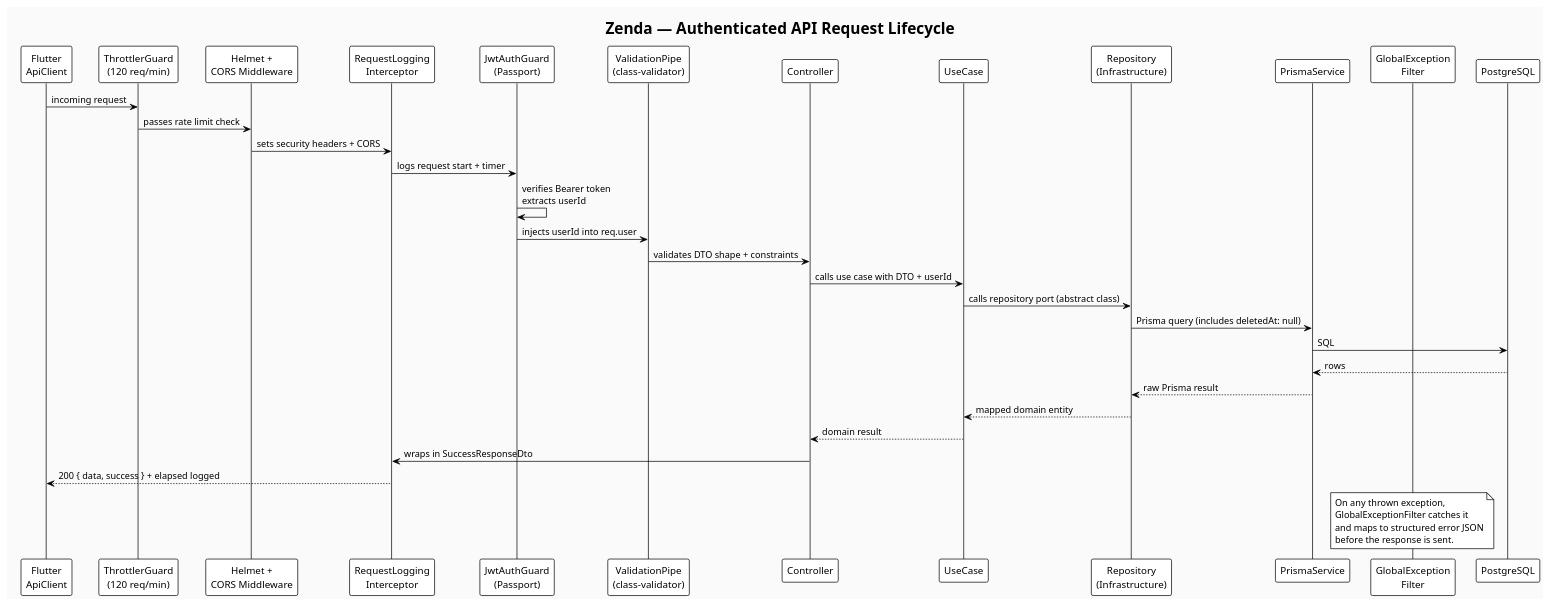
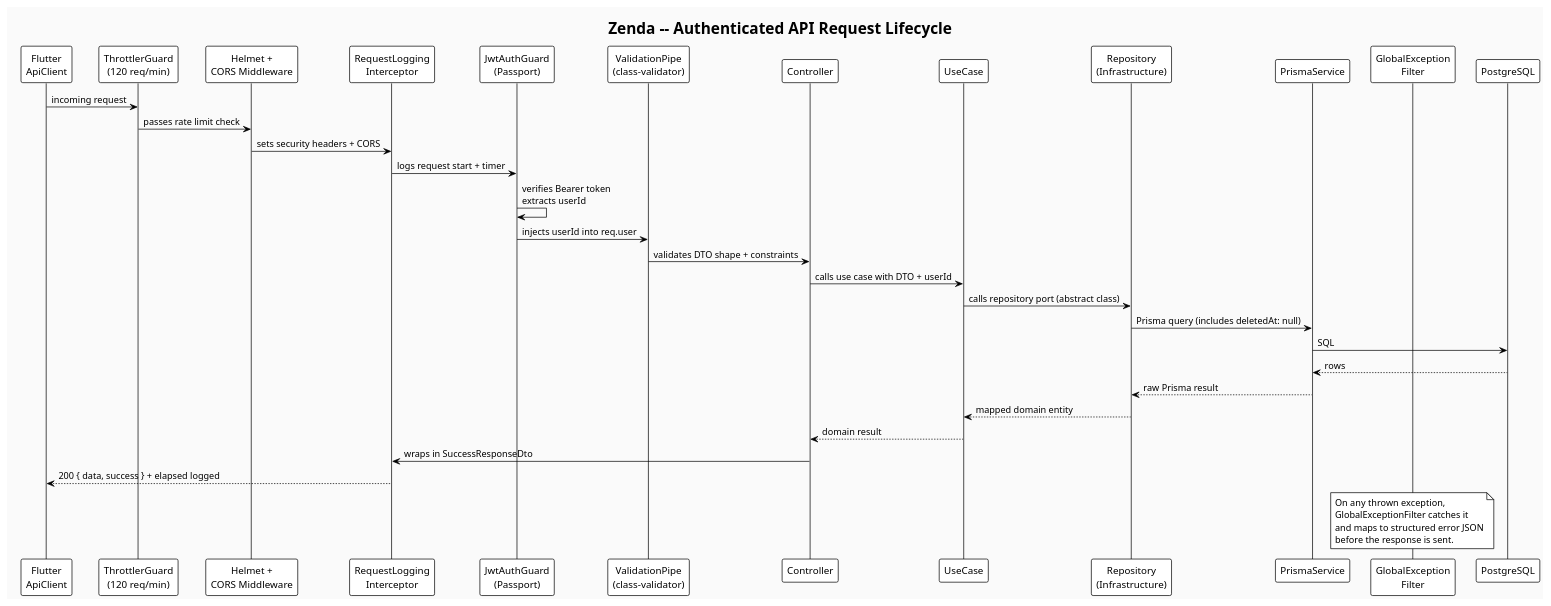
One commit to Tesis-2026/zenda_monorepo_app changed the seventh of 7 diagrams in docs/architecture.puml. Above: the diagram before and after it, drawn with PlantUML. The commit also changed other lines of this file, not shown here.

First line of the commit message:
fix(docs): correct PlantUML syntax errors in architecture.puml

```diff
--- a/docs/architecture.puml
+++ b/docs/architecture.puml
@@ -542,45 +542,45 @@
 @startuml ZendaRequestLifecycle
 !theme plain
 skinparam backgroundColor #FAFAFA
 
-title Zenda — Authenticated API Request Lifecycle
+title Zenda -- Authenticated API Request Lifecycle
 
 participant "Flutter\nApiClient" as Client
 participant "ThrottlerGuard\n(120 req/min)" as Throttle
 participant "Helmet +\nCORS Middleware" as Security
 participant "RequestLogging\nInterceptor" as Logger
 participant "JwtAuthGuard\n(Passport)" as JWT
 participant "ValidationPipe\n(class-validator)" as Validate
 participant "Controller" as Ctrl
 participant "UseCase" as UC
 participant "Repository\n(Infrastructure)" as Repo
 participant "PrismaService" as Prisma
 participant "GlobalException\nFilter" as ErrFilter
 participant "PostgreSQL" as DB
 
 Client -> Throttle : incoming request
 Throttle -> Security : passes rate limit check
 Security -> Logger : sets security headers + CORS
 Logger -> JWT : logs request start + timer
 JWT -> JWT : verifies Bearer token\nextracts userId
 JWT -> Validate : injects userId into req.user
 Validate -> Ctrl : validates DTO shape + constraints
 Ctrl -> UC : calls use case with DTO + userId
 UC -> Repo : calls repository port (abstract class)
 Repo -> Prisma : Prisma query (includes deletedAt: null)
 Prisma -> DB : SQL
 DB --> Prisma : rows
 Prisma --> Repo : raw Prisma result
 Repo --> UC : mapped domain entity
 UC --> Ctrl : domain result
 Ctrl -> Logger : wraps in SuccessResponseDto
 Logger --> Client : 200 { data, success } + elapsed logged
 
 note over ErrFilter
   On any thrown exception,
   GlobalExceptionFilter catches it
   and maps to structured error JSON
   before the response is sent.
 end note
 
 @enduml
```
